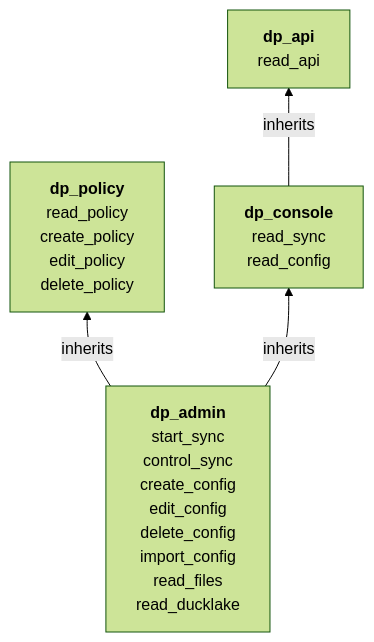
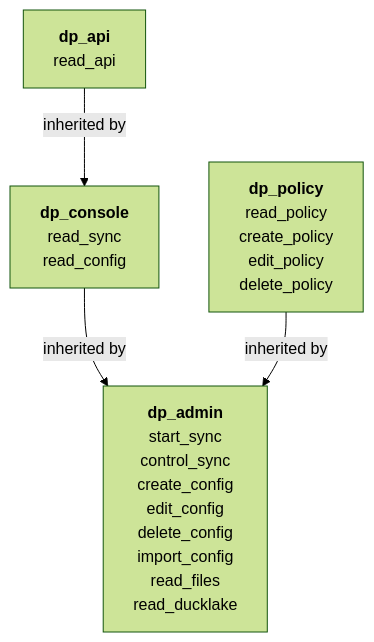
One commit to prefeitura-rio/data-proxy changed the diagram in docs/security/roles.md. Above: the diagram before and after it, drawn with Mermaid (forest theme). The commit also changed other lines of this file and 67 other files, not shown here.

Commit message:
docs: generate the data model diagrams and tidy the wiki

````diff
--- a/docs/security/roles.md
+++ b/docs/security/roles.md
@@ -5,11 +5,11 @@
 ```mermaid
 %% Role inheritance
-flowchart BT
+flowchart TD
   dp_api["<b>dp_api</b><br/>read_api"]
   dp_policy["<b>dp_policy</b><br/>read_policy<br/>create_policy<br/>edit_policy<br/>delete_policy"]
   dp_console["<b>dp_console</b><br/>read_sync<br/>read_config"]
   dp_admin["<b>dp_admin</b><br/>start_sync<br/>control_sync<br/>create_config<br/>edit_config<br/>delete_config<br/>import_config<br/>read_files<br/>read_ducklake"]
-  dp_console -->|"inherits"| dp_api
-  dp_admin -->|"inherits"| dp_console
-  dp_admin -->|"inherits"| dp_policy
+  dp_api -->|"inherited by"| dp_console
+  dp_console -->|"inherited by"| dp_admin
+  dp_policy -->|"inherited by"| dp_admin
 ```
````
